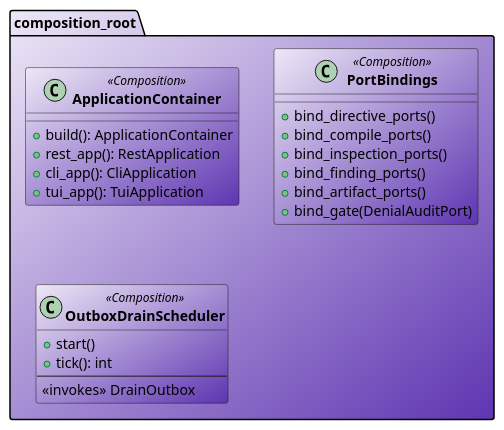
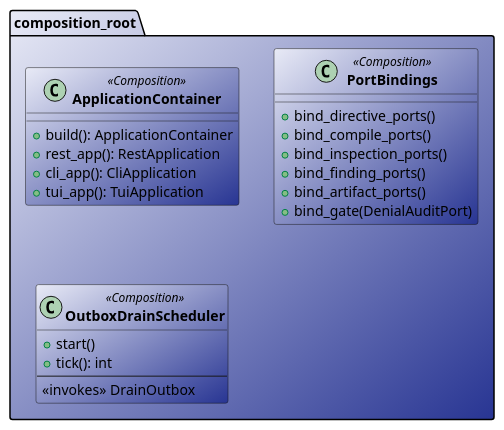
The diagram in docs/class/common/cd_section_iface_composition.puml (salimnamvar/selma), drawn with PlantUML before and after one commit. The commit also changed 54 other files, not shown here.

```diff
--- a/docs/class/common/cd_section_iface_composition.puml
+++ b/docs/class/common/cd_section_iface_composition.puml
@@ -1,27 +1,27 @@
 ' Section: cd_section_iface_composition.puml
 
-package "composition_root" as WIRE #EDE7F6/5E35B1 {
+package "composition_root" as WIRE #E8EAF6/283593 {
 
-  class "**ApplicationContainer**" as ApplicationContainer <<Composition>> #EDE7F6/5E35B1 {
+  class "**ApplicationContainer**" as ApplicationContainer <<Composition>> #E8EAF6/283593 {
     + build(): ApplicationContainer
     + rest_app(): RestApplication
     + cli_app(): CliApplication
     + tui_app(): TuiApplication
   }
 
-  class "**PortBindings**" as PortBindings <<Composition>> #EDE7F6/5E35B1 {
+  class "**PortBindings**" as PortBindings <<Composition>> #E8EAF6/283593 {
     + bind_directive_ports()
     + bind_compile_ports()
     + bind_inspection_ports()
     + bind_finding_ports()
     + bind_artifact_ports()
     + bind_gate(DenialAuditPort)
   }
 
-  class "**OutboxDrainScheduler**" as OutboxDrainScheduler <<Composition>> #EDE7F6/5E35B1 {
+  class "**OutboxDrainScheduler**" as OutboxDrainScheduler <<Composition>> #E8EAF6/283593 {
     + start()
     + tick(): int
     --
     <<invokes>> DrainOutbox
   }
 }
```
